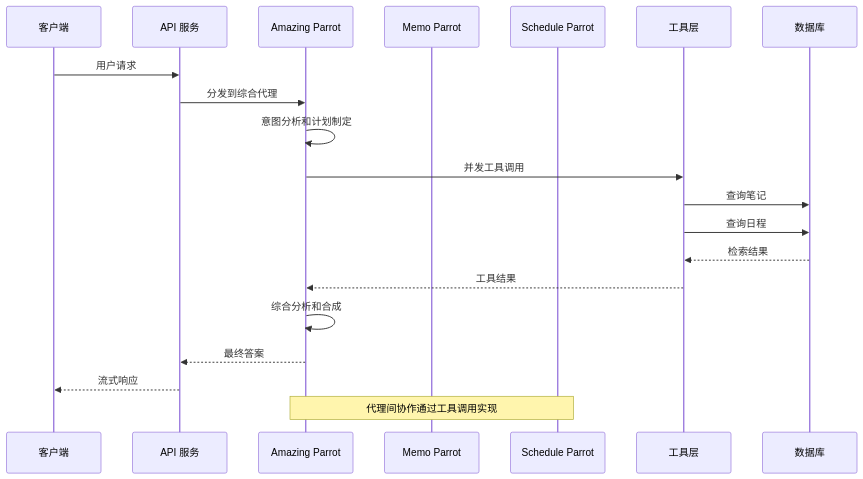
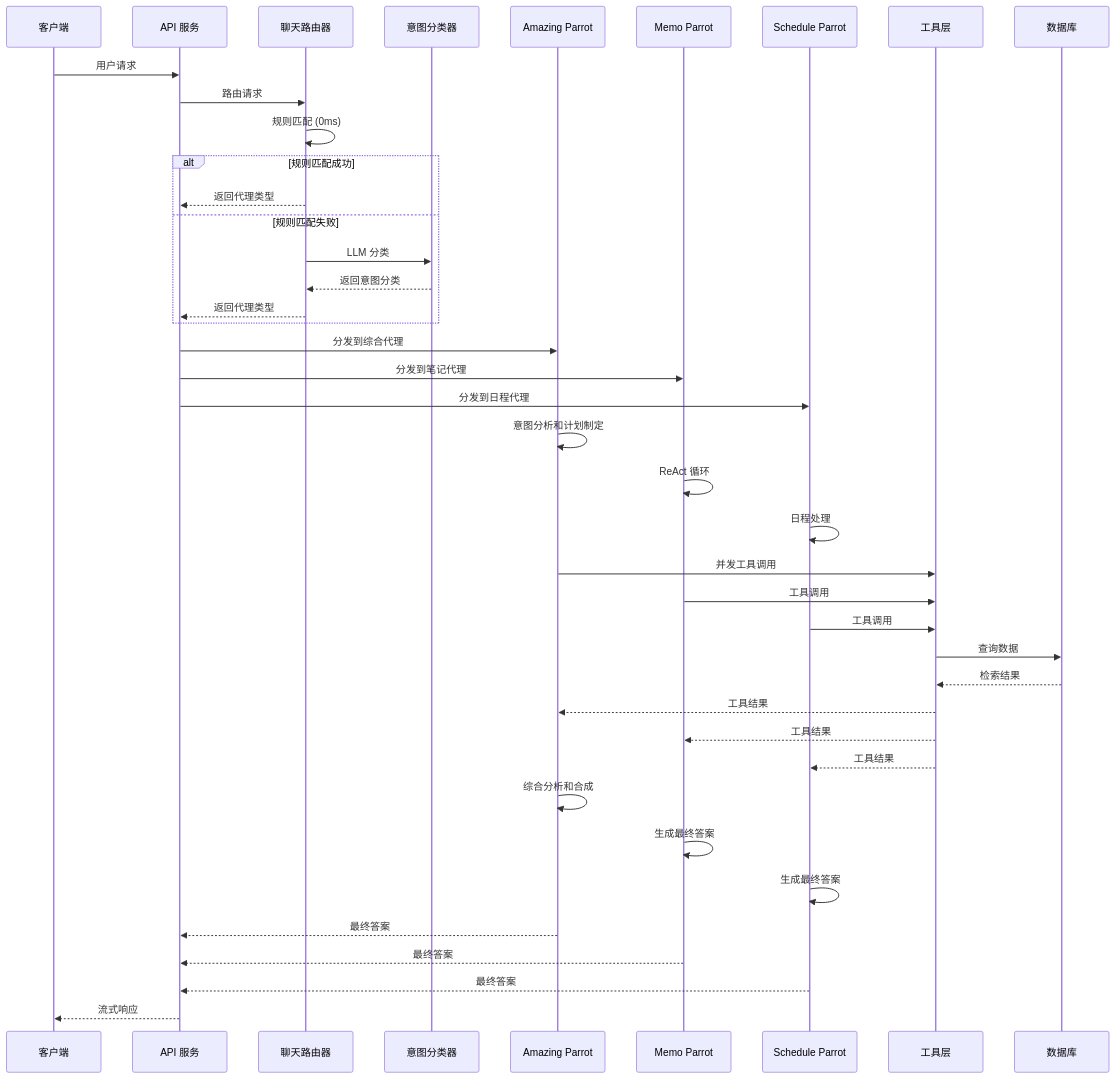
One commit to hrygo/memos changed the second of 21 diagrams in .qoder/repowiki/zh/content/AI 增强系统/Parrot 多代理 AI 系统/Parrot 多代理 AI 系统.md. Above: the diagram before and after it, drawn with Mermaid. The commit also changed other lines of this file and 29 other files, not shown here.

````diff
--- a/.qoder/repowiki/zh/content/AI 增强系统/Parrot 多代理 AI 系统/Parrot 多代理 AI 系统.md
+++ b/.qoder/repowiki/zh/content/AI 增强系统/Parrot 多代理 AI 系统/Parrot 多代理 AI 系统.md
@@ -133,22 +173,43 @@
 ```mermaid
 sequenceDiagram
 participant Client as 客户端
 participant API as API 服务
+participant CR as 聊天路由器
+participant IC as 意图分类器
 participant AP as Amazing Parrot
 participant MP as Memo Parrot
 participant SP as Schedule Parrot
 participant Tools as 工具层
 participant DB as 数据库
 Client->>API : 用户请求
+API->>CR : 路由请求
+CR->>CR : 规则匹配 (0ms)
+alt 规则匹配成功
+CR-->>API : 返回代理类型
+else 规则匹配失败
+CR->>IC : LLM 分类
+IC-->>CR : 返回意图分类
+CR-->>API : 返回代理类型
+end
 API->>AP : 分发到综合代理
+API->>MP : 分发到笔记代理
+API->>SP : 分发到日程代理
 AP->>AP : 意图分析和计划制定
+MP->>MP : ReAct 循环
+SP->>SP : 日程处理
 AP->>Tools : 并发工具调用
-Tools->>DB : 查询笔记
-Tools->>DB : 查询日程
+MP->>Tools : 工具调用
+SP->>Tools : 工具调用
+Tools->>DB : 查询数据
 DB-->>Tools : 检索结果
 Tools-->>AP : 工具结果
+Tools-->>MP : 工具结果
+Tools-->>SP : 工具结果
 AP->>AP : 综合分析和合成
+MP->>MP : 生成最终答案
+SP->>SP : 生成最终答案
 AP-->>API : 最终答案
+MP-->>API : 最终答案
+SP-->>API : 最终答案
 API-->>Client : 流式响应
-Note over AP,SP : 代理间协作通过工具调用实现
 ```
````
